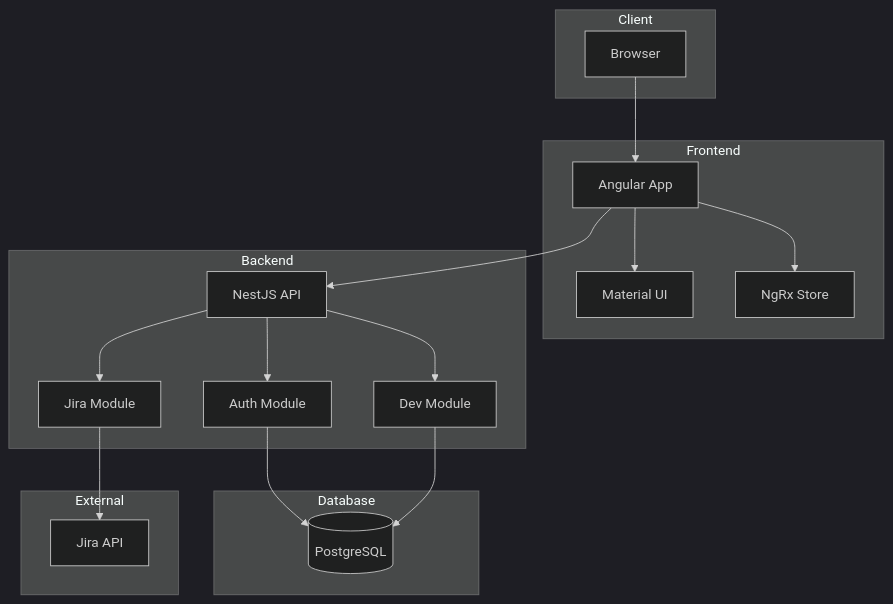
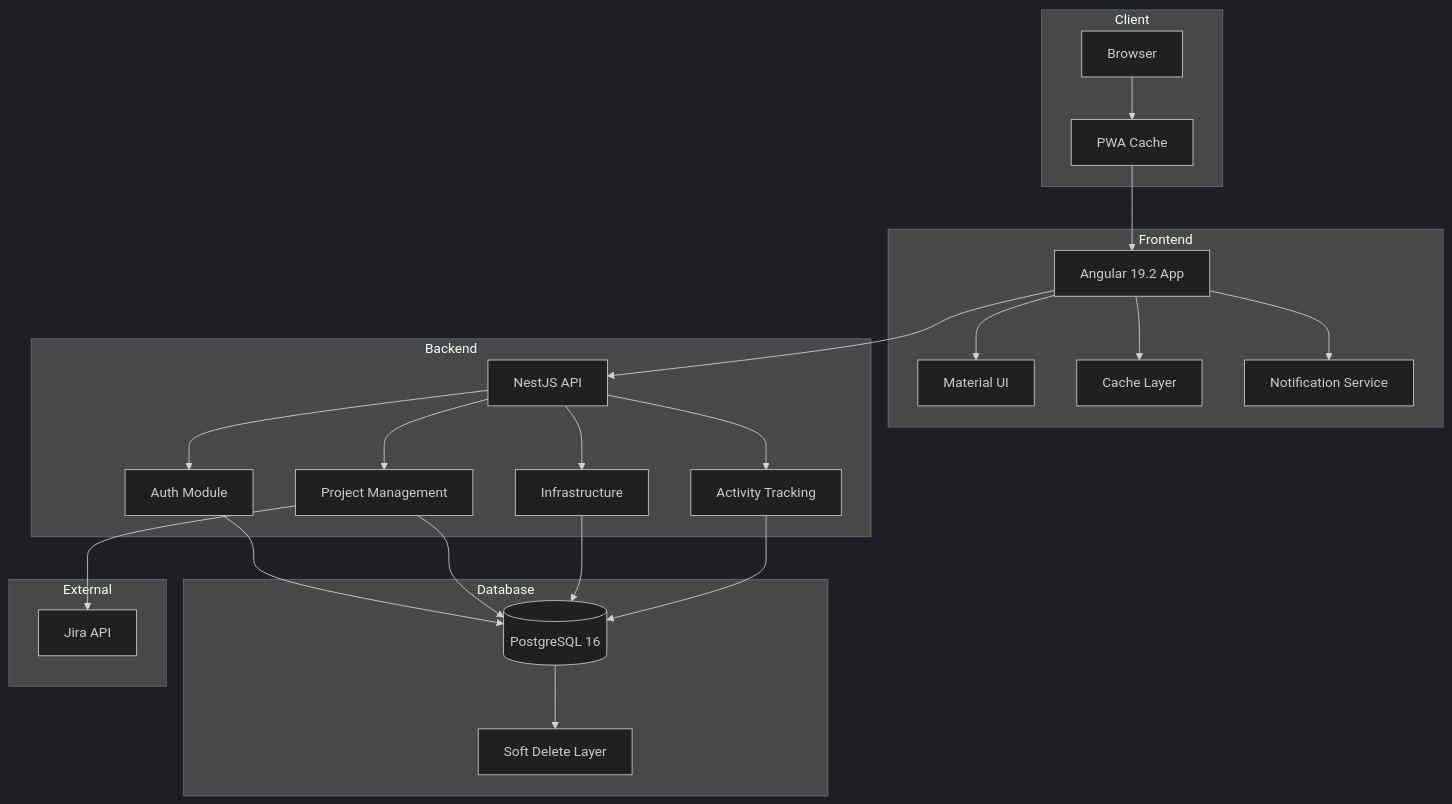
The first of 2 diagrams in readme.md (jchara/AI4Devs-final), drawn with Mermaid (dark theme) before and after one commit. The commit also changed other lines of this file and 2 other files, not shown here.

````diff
--- a/readme.md
+++ b/readme.md
@@ -436,38 +469,48 @@
 ```mermaid
 graph TB
     subgraph Client
         Browser[Browser]
+        PWA[PWA Cache]
     end
 
     subgraph Frontend
-        Angular[Angular App]
+        Angular[Angular 19.2 App]
         Material[Material UI]
-        NgRx[NgRx Store]
+        Cache[Cache Layer]
+        Notifications[Notification Service]
     end
 
     subgraph Backend
         NestJS[NestJS API]
         Auth[Auth Module]
-        Dev[Dev Module]
-        Jira[Jira Module]
+        ProjectMgmt[Project Management]
+        Infrastructure[Infrastructure]
+        Activity[Activity Tracking]
     end
 
     subgraph Database
-        PostgreSQL[(PostgreSQL)]
+        PostgreSQL[(PostgreSQL 16)]
+        SoftDelete[Soft Delete Layer]
     end
 
     subgraph External
         JiraAPI[Jira API]
     end
 
-    Browser --> Angular
+    Browser --> PWA
+    PWA --> Angular
     Angular --> Material
-    Angular --> NgRx
+    Angular --> Cache
+    Angular --> Notifications
     Angular --> NestJS
     NestJS --> Auth
-    NestJS --> Dev
-    NestJS --> Jira
+    NestJS --> ProjectMgmt
+    NestJS --> Infrastructure
+    NestJS --> Activity
     Auth --> PostgreSQL
-    Dev --> PostgreSQL
-    Jira --> JiraAPI
+    ProjectMgmt --> PostgreSQL
+    Infrastructure --> PostgreSQL
+    Activity --> PostgreSQL
+    PostgreSQL --> SoftDelete
+    ProjectMgmt --> JiraAPI
 ```
````
